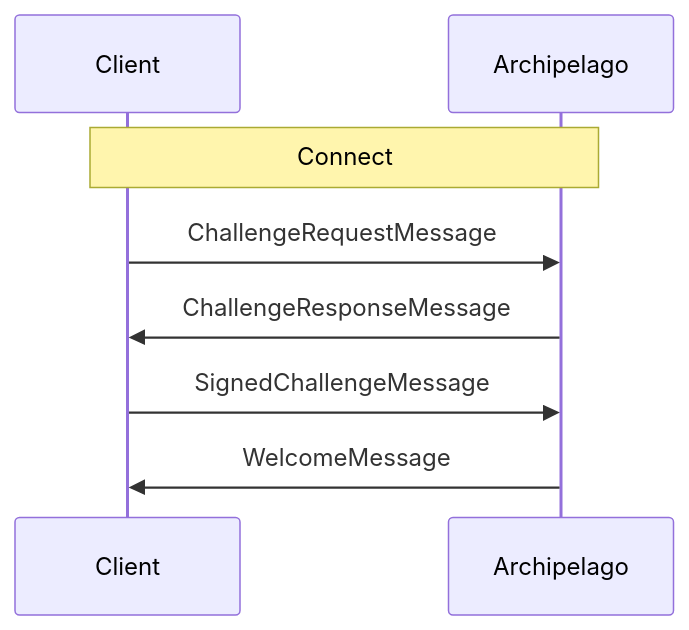
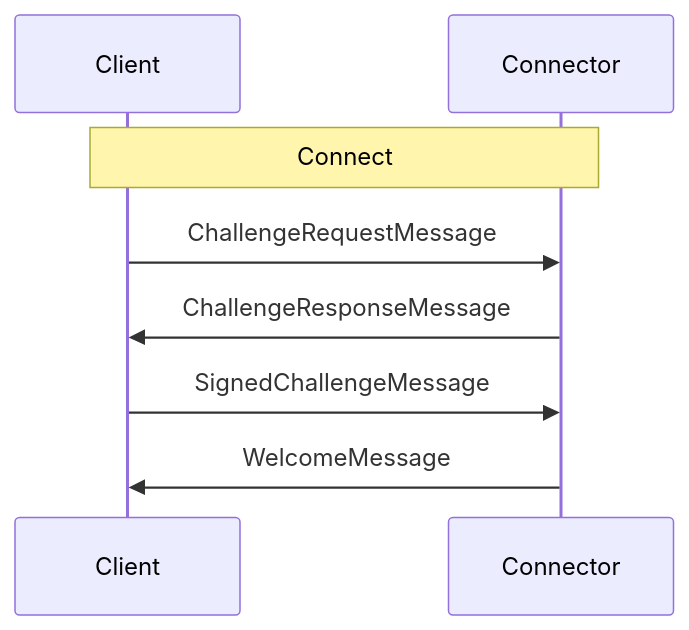
The diagram in apps/sites/content/docs/contributor/communications/archipelago/index.md (decentraland/dcl-one), drawn with Mermaid before and after one commit. The commit also changed other lines of this file and 20 other files, not shown here.

````diff
--- a/apps/sites/content/docs/contributor/communications/archipelago/index.md
+++ b/apps/sites/content/docs/contributor/communications/archipelago/index.md
@@ -37,11 +21,11 @@
 ```mermaid
 sequenceDiagram
     participant Client
-    participant Archipelago
+    participant Connector
     
-    Note over Client,Archipelago: Connect
-    Client->>Archipelago: ChallengeRequestMessage
-    Archipelago->>Client: ChallengeResponseMessage
-    Client->>Archipelago: SignedChallengeMessage
-    Archipelago->>Client: WelcomeMessage
+    Note over Client,Connector: Connect
+    Client->>Connector: ChallengeRequestMessage
+    Connector->>Client: ChallengeResponseMessage
+    Client->>Connector: SignedChallengeMessage
+    Connector->>Client: WelcomeMessage
 ```
````
